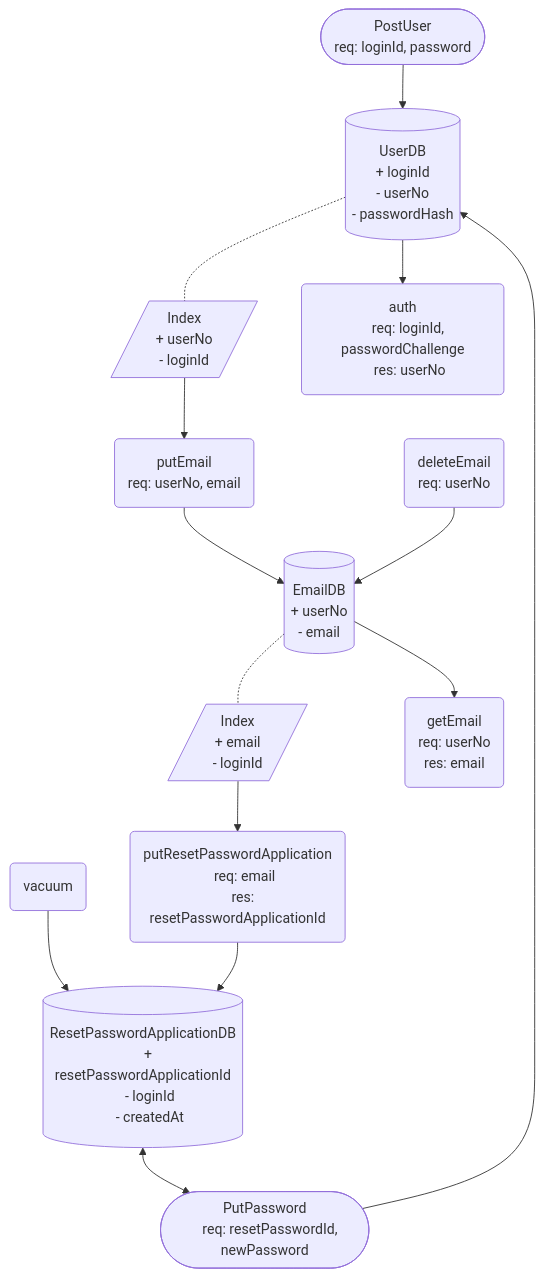
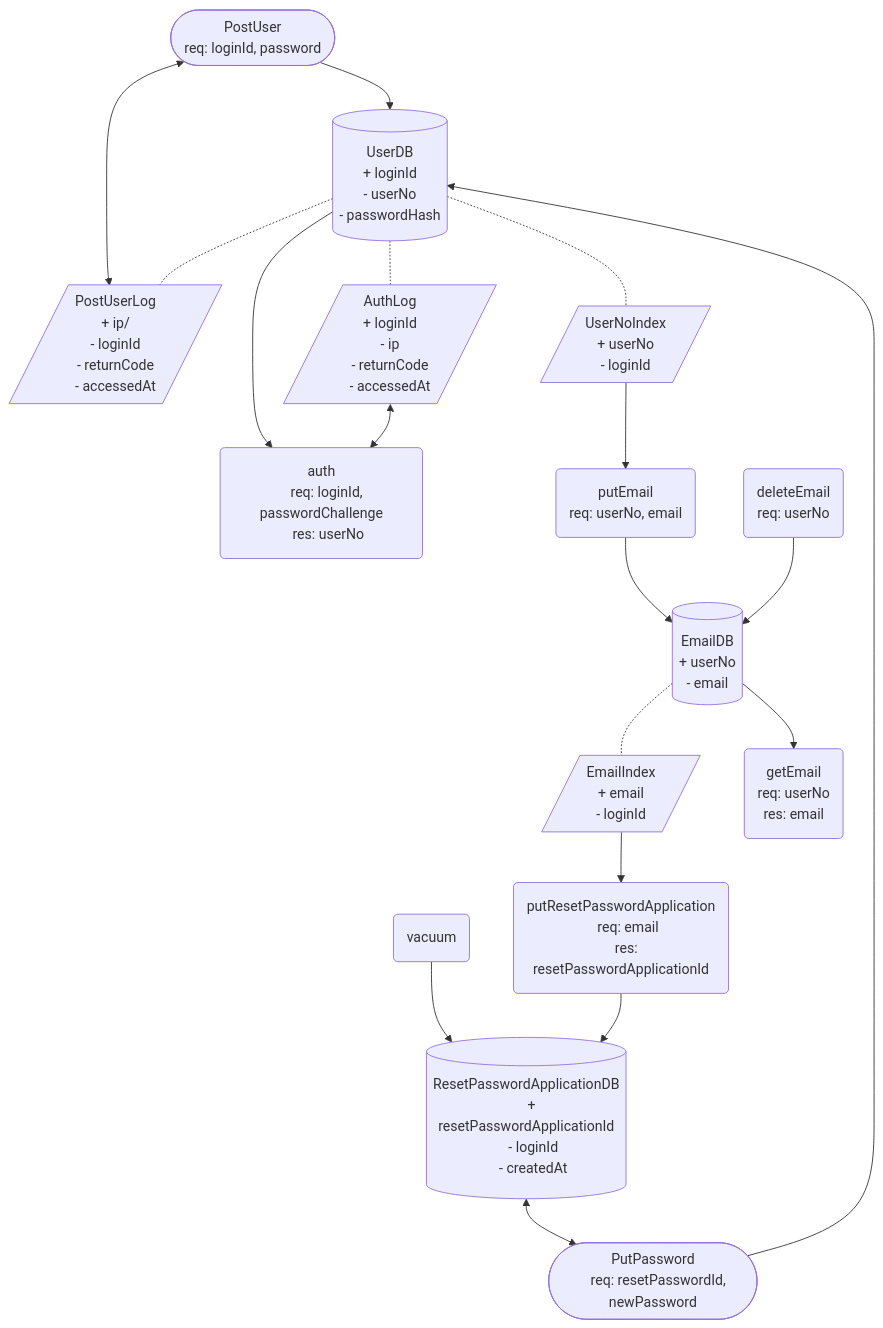
One commit to tappoy/jns changed the diagram in microservice/user/README.md. Above: the diagram before and after it, drawn with Mermaid. The commit also changed other lines of this file and 18 other files, not shown here.

```diff
--- a/microservice/user/README.md
+++ b/microservice/user/README.md
@@ -9,7 +9,19 @@
     - userNo
     - passwordHash)]
 
-IDX1[/ Index
+BKT3[/PostUserLog
+    + ip/
+    - loginId
+    - returnCode
+    - accessedAt/]
+
+BKT4[/AuthLog
+    + loginId
+    - ip
+    - returnCode
+    - accessedAt/]
+
+BKT1[/ UserNoIndex
     + userNo
     - loginId/]
 
@@ -22,7 +34,7 @@
     + userNo
     - email)]
 
-IDX2[/ Index
+BKT2[/ EmailIndex
     + email
     - loginId/]
 
@@ -59,17 +71,21 @@
 
 pAPI3 --> DB2
 API1 --> DB1
+API1 <--> BKT3
 API2 --> DB1
 pAPI2 --> DB2
-IDX2 --> pAPI2
+BKT2 --> pAPI2
 
 DB1 --> pAPI1
+BKT4 <--> pAPI1
 DB2 <--> API2
 
-DB1 -.- IDX1
-DB3 -.- IDX2
+DB1 -.- BKT1
+DB1 -.- BKT3
+DB1 -.- BKT4
+DB3 -.- BKT2
 
-IDX1 --> pAPI4
+BKT1 --> pAPI4
 pAPI4 --> DB3
 DB3 --> pAPI5
 pAPI6 --> DB3
```
